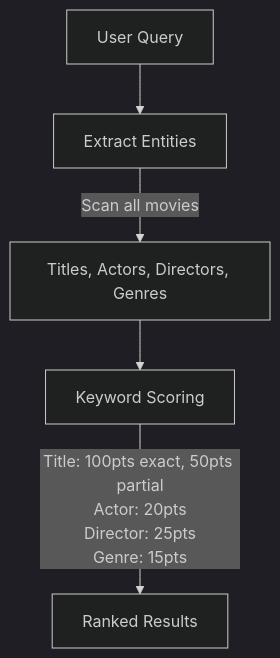
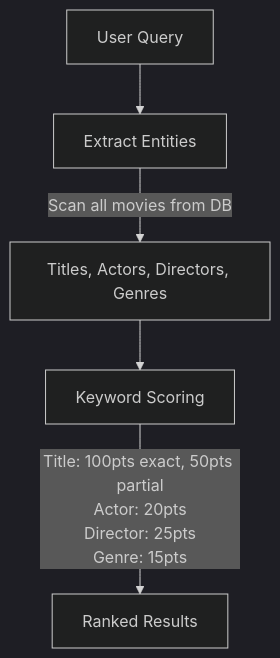
Before and after one commit to 1x2kb/dvd_categorize: the second of 5 diagrams in Documentation/Diagrams/SEARCH_FLOW.md, drawn with Mermaid (dark theme). The commit also changed other lines of this file and 41 other files, not shown here.

````diff
--- a/Documentation/Diagrams/SEARCH_FLOW.md
+++ b/Documentation/Diagrams/SEARCH_FLOW.md
@@ -30,7 +30,7 @@
 ```mermaid
 flowchart TD
     Q["User Query"] --> EE["Extract Entities"]
-    EE --> |"Scan all movies"| Entities["Titles, Actors, Directors, Genres"]
+    EE --> |"Scan all movies from DB"| Entities["Titles, Actors, Directors, Genres"]
     Entities --> KW["Keyword Scoring"]
     KW --> |"Title: 100pts exact, 50pts partial<br/>Actor: 20pts<br/>Director: 25pts<br/>Genre: 15pts"| Ranked["Ranked Results"]
 ```
````
